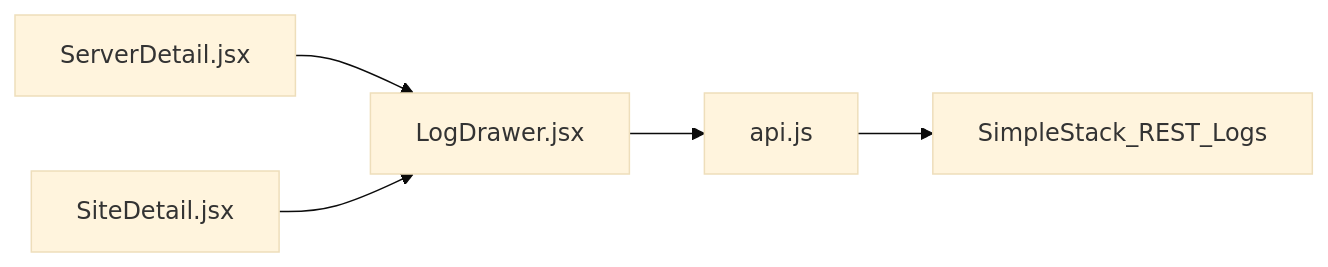
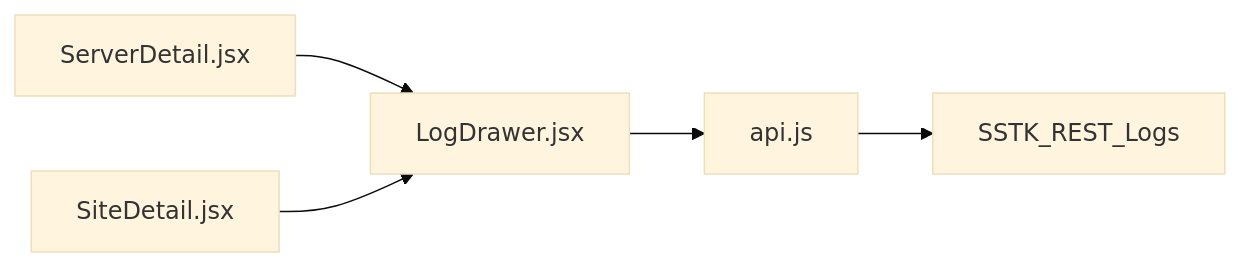
Before and after one commit to onedogsolutions/simple-stack: the fifth of 5 diagrams in .qoder/repowiki/en/content/React Admin Interface/UI Components Library/LogDrawer Component.md, drawn with Mermaid (base theme). The commit also changed other lines of this file and 5941 other files, not shown here.

First line of the commit message:
refactor(core): rebrand WPCloudDeploy to Simple Stack with new namespaces and prefixes

````diff
--- a/.qoder/repowiki/en/content/React Admin Interface/UI Components Library/LogDrawer Component.md
+++ b/.qoder/repowiki/en/content/React Admin Interface/UI Components Library/LogDrawer Component.md
@@ -273,7 +273,7 @@
 ```mermaid
 graph LR
 ServerDetail["ServerDetail.jsx"] --> LogDrawer["LogDrawer.jsx"]
 SiteDetail["SiteDetail.jsx"] --> LogDrawer
 LogDrawer --> ApiJs["api.js"]
-ApiJs --> RestLogs["SimpleStack_REST_Logs"]
+ApiJs --> RestLogs["SSTK_REST_Logs"]
 ```
````
